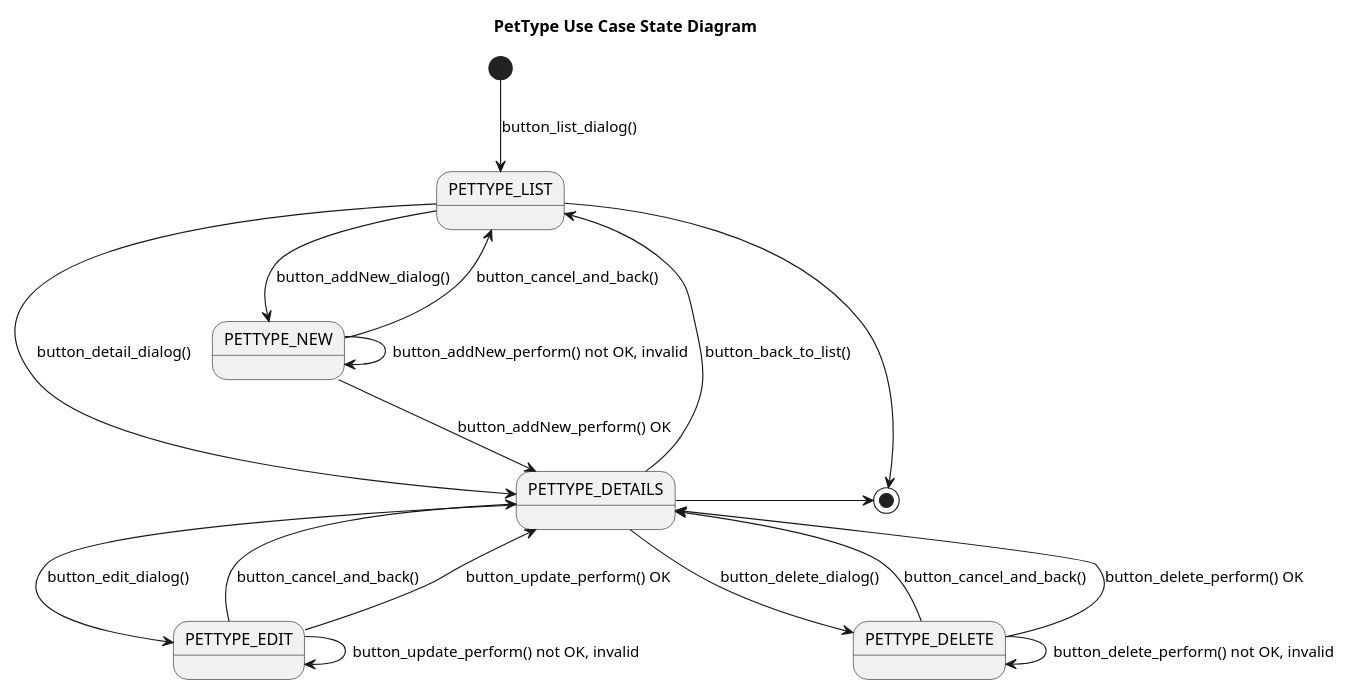
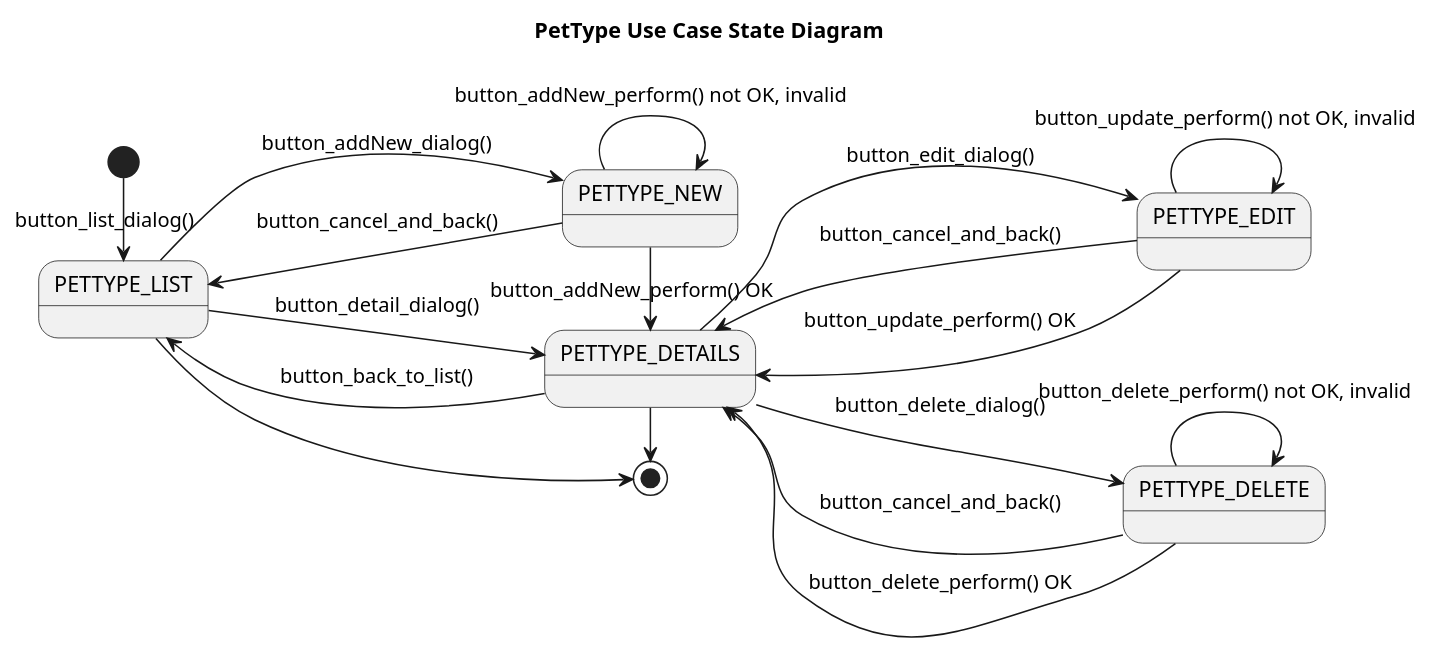
The diagram in puml/owner/concept/PetType__UseCase_State.puml (Jakarta-EE-Petclinic/petclinic-uml), drawn with PlantUML before and after one commit. The commit also changed 1 other file, not shown here.

```diff
--- a/puml/owner/concept/PetType__UseCase_State.puml
+++ b/puml/owner/concept/PetType__UseCase_State.puml
@@ -1,41 +1,41 @@
 @startuml
 
 title PetType Use Case State Diagram
 
 'https://plantuml.com/state-diagram
 
-' left to right direction
-top to bottom direction
+left to right direction
+'top to bottom direction
 
 scale 1000 width
 
-[*] --> PETTYPE_LIST: button_list_dialog()
+[*] -> PETTYPE_LIST: button_list_dialog()
 
 PETTYPE_LIST --> PETTYPE_NEW : button_addNew_dialog()
 PETTYPE_NEW --> PETTYPE_LIST: button_cancel_and_back()
 state PETTYPE_NEW {
     PETTYPE_NEW --> PETTYPE_NEW : button_addNew_perform() not OK, invalid
 }
-PETTYPE_NEW --> PETTYPE_DETAILS: button_addNew_perform() OK
+PETTYPE_NEW -> PETTYPE_DETAILS: button_addNew_perform() OK
 
 PETTYPE_LIST --> PETTYPE_DETAILS: button_detail_dialog()
 PETTYPE_DETAILS --> PETTYPE_LIST : button_back_to_list()
 
 PETTYPE_DETAILS --> PETTYPE_EDIT: button_edit_dialog()
 PETTYPE_EDIT --> PETTYPE_DETAILS: button_cancel_and_back()
 state PETTYPE_EDIT {
     PETTYPE_EDIT --> PETTYPE_EDIT: button_update_perform() not OK, invalid
 }
 PETTYPE_EDIT --> PETTYPE_DETAILS: button_update_perform() OK
 
 PETTYPE_DETAILS --> PETTYPE_DELETE: button_delete_dialog()
 PETTYPE_DELETE --> PETTYPE_DETAILS: button_cancel_and_back()
 state PETTYPE_DELETE {
     PETTYPE_DELETE --> PETTYPE_DELETE: button_delete_perform() not OK, invalid
 }
 PETTYPE_DELETE --> PETTYPE_DETAILS: button_delete_perform() OK
 
 PETTYPE_LIST -> [*]
 PETTYPE_DETAILS -> [*]
 
 @enduml
```
